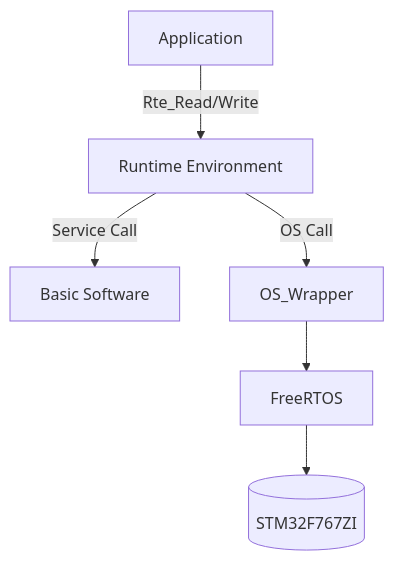
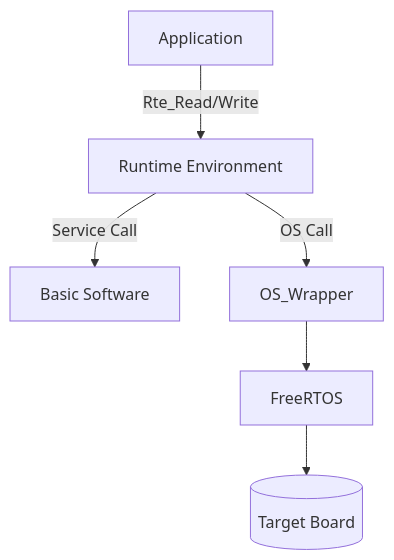
Before and after one commit to yeothn/FreeRTOS-Autosar-Platform: the diagram in README.md, drawn with Mermaid. The commit also changed other lines of this file and 1 other file, not shown here.

````diff
--- a/README.md
+++ b/README.md
@@ -18,8 +18,8 @@
 ```mermaid
 graph TD
     ASW[Application] -->|Rte_Read/Write| RTE[Runtime Environment]
     RTE -->|Service Call| BSW[Basic Software]
     RTE -->|OS Call| OS_Wrapper
     OS_Wrapper --> FreeRTOS
-    FreeRTOS --> Hardware[("STM32F767ZI")]
+    FreeRTOS --> Hardware[("Target Board")]
 ```
````
